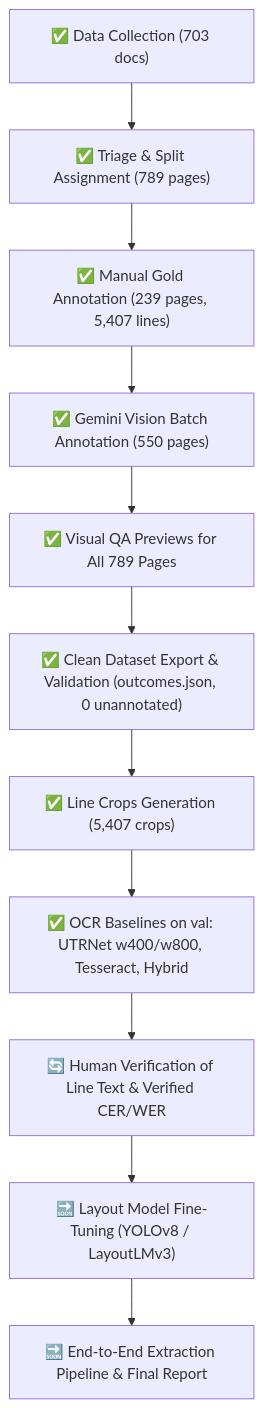
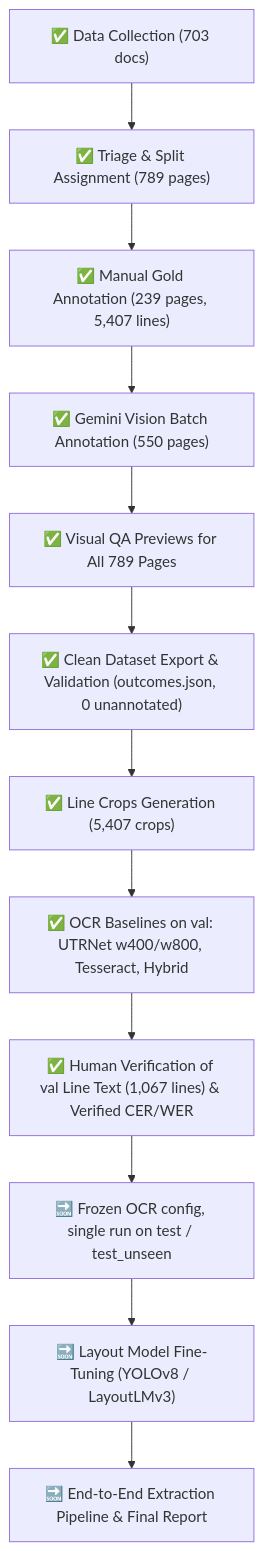
One commit to AleenaAhmed007/Nastaliq-Document-Intelligence changed the diagram in PROJECT_DOCUMENTATION.md. Above: the diagram before and after it, drawn with Mermaid. The commit also changed other lines of this file and 1 other file, not shown here.

Commit message:
Update project documentation with verified OCR evaluation results and clarify human verification status

````diff
--- a/PROJECT_DOCUMENTATION.md
+++ b/PROJECT_DOCUMENTATION.md
@@ -552,13 +612,14 @@
 ```mermaid
 flowchart TD
     A["✅ Data Collection (703 docs)"] --> B["✅ Triage & Split Assignment (789 pages)"]
     B --> C["✅ Manual Gold Annotation (239 pages, 5,407 lines)"]
     C --> D["✅ Gemini Vision Batch Annotation (550 pages)"]
     D --> E["✅ Visual QA Previews for All 789 Pages"]
     E --> F["✅ Clean Dataset Export & Validation (outcomes.json, 0 unannotated)"]
     F --> G["✅ Line Crops Generation (5,407 crops)"]
     G --> I["✅ OCR Baselines on val: UTRNet w400/w800, Tesseract, Hybrid"]
-    I --> V["🔄 Human Verification of Line Text & Verified CER/WER"]
-    V --> H["🔜 Layout Model Fine-Tuning (YOLOv8 / LayoutLMv3)"]
+    I --> V["✅ Human Verification of val Line Text (1,067 lines) & Verified CER/WER"]
+    V --> T["🔜 Frozen OCR config, single run on test / test_unseen"]
+    T --> H["🔜 Layout Model Fine-Tuning (YOLOv8 / LayoutLMv3)"]
     H --> J["🔜 End-to-End Extraction Pipeline & Final Report"]
 ```
````
